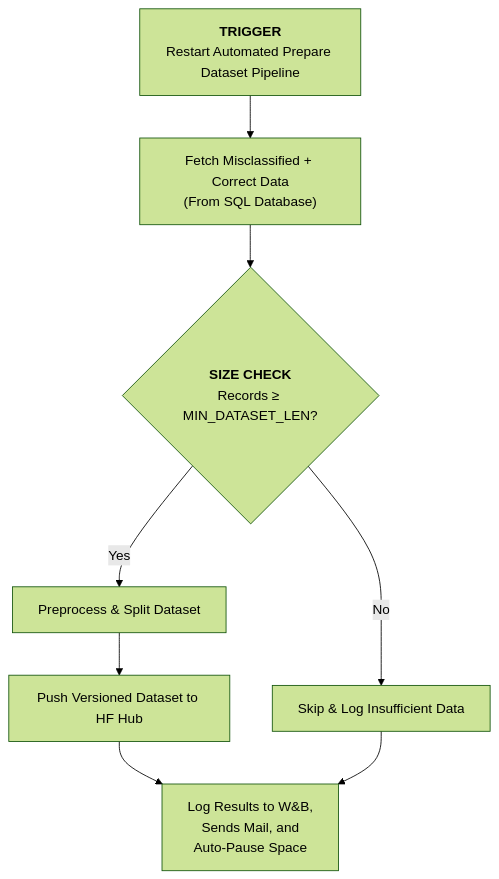
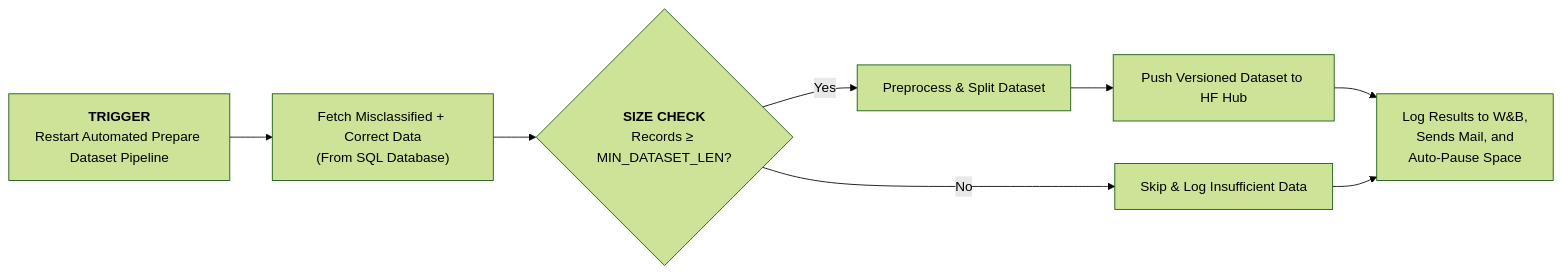
Before and after one commit to fuseai-fellowship/Sambodhan-AI-Powered-Grievance-Redressal-System-for-Local-Governance: the second of 4 diagrams in README.md, drawn with Mermaid (forest theme). The commit also changed other lines of this file, not shown here.

````diff
--- a/README.md
+++ b/README.md
@@ -245,11 +245,11 @@
 ```mermaid
-flowchart TD
+graph LR
     A["<b>TRIGGER</b><br>Restart Automated Prepare Dataset Pipeline"] --> B["Fetch Misclassified + Correct Data<br>(From SQL Database)"]
     B --> C{"<b>SIZE CHECK</b><br>Records ≥ MIN_DATASET_LEN?"}
     C -->|Yes| D["Preprocess & Split Dataset"]
     C -->|No| F["Skip & Log Insufficient Data"]
     D --> G["Push Versioned Dataset to HF Hub"]
     G --> H["Log Results to W&B, </br> Sends Mail, and<br> Auto-Pause Space"]
     F --> H
 
 ```
````
